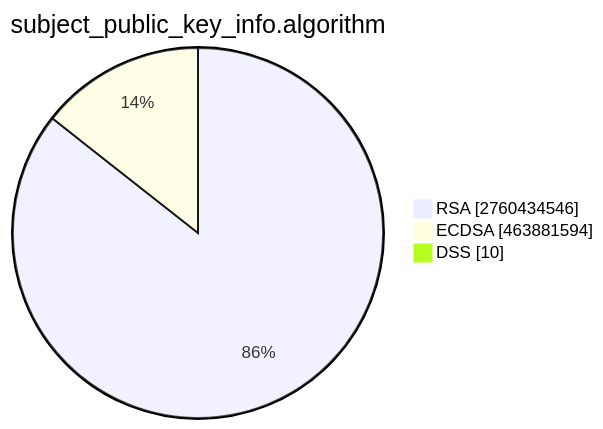
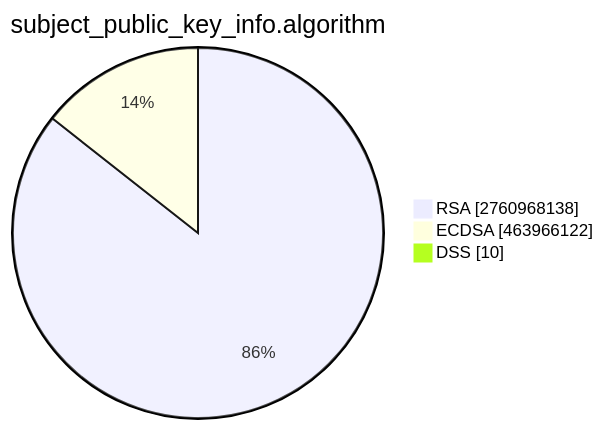
Before and after one commit to christiankrug/ctmonitor_visualization: the second of 15 diagrams in TOTAL/README.md, drawn with Mermaid. The commit also changed other lines of this file, not shown here.

````diff
--- a/TOTAL/README.md
+++ b/TOTAL/README.md
@@ -6,7 +6,7 @@
 ```mermaid
 pie showData
 title subject_public_key_info.algorithm
-"RSA" :2760434546
-"ECDSA" :463881594
+"RSA" :2760968138
+"ECDSA" :463966122
 "DSS" :10
 ```
````
